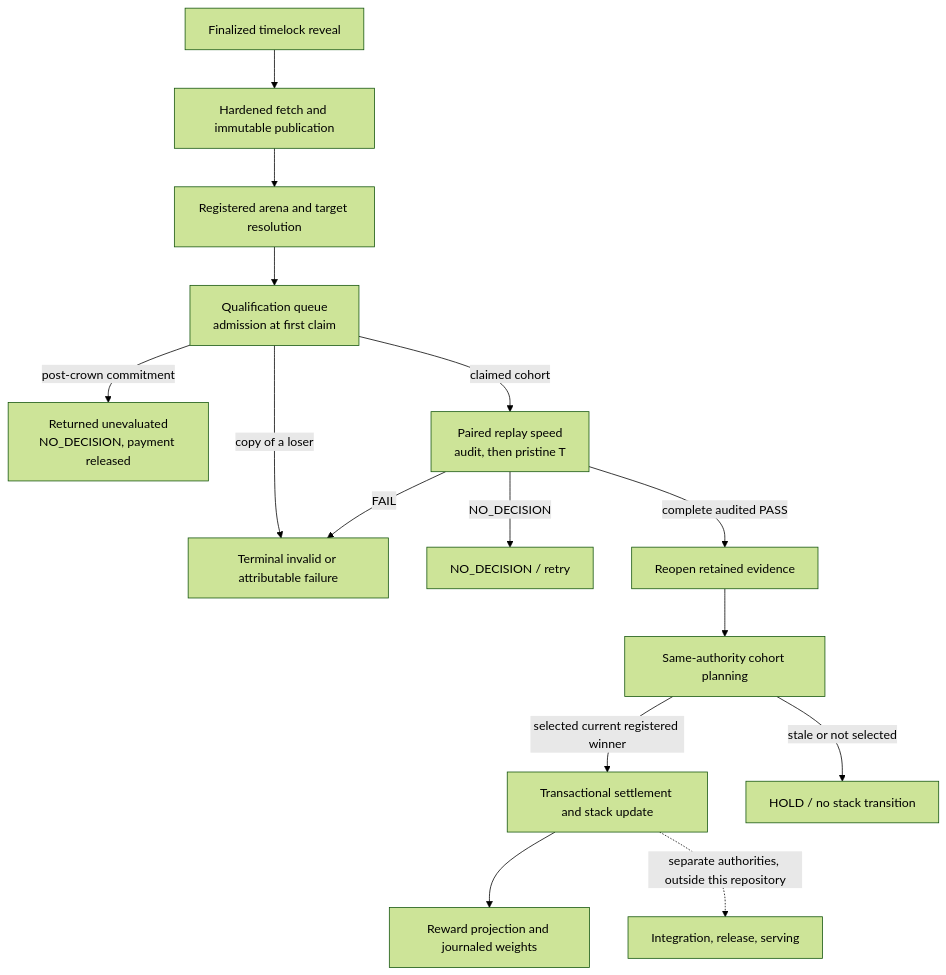
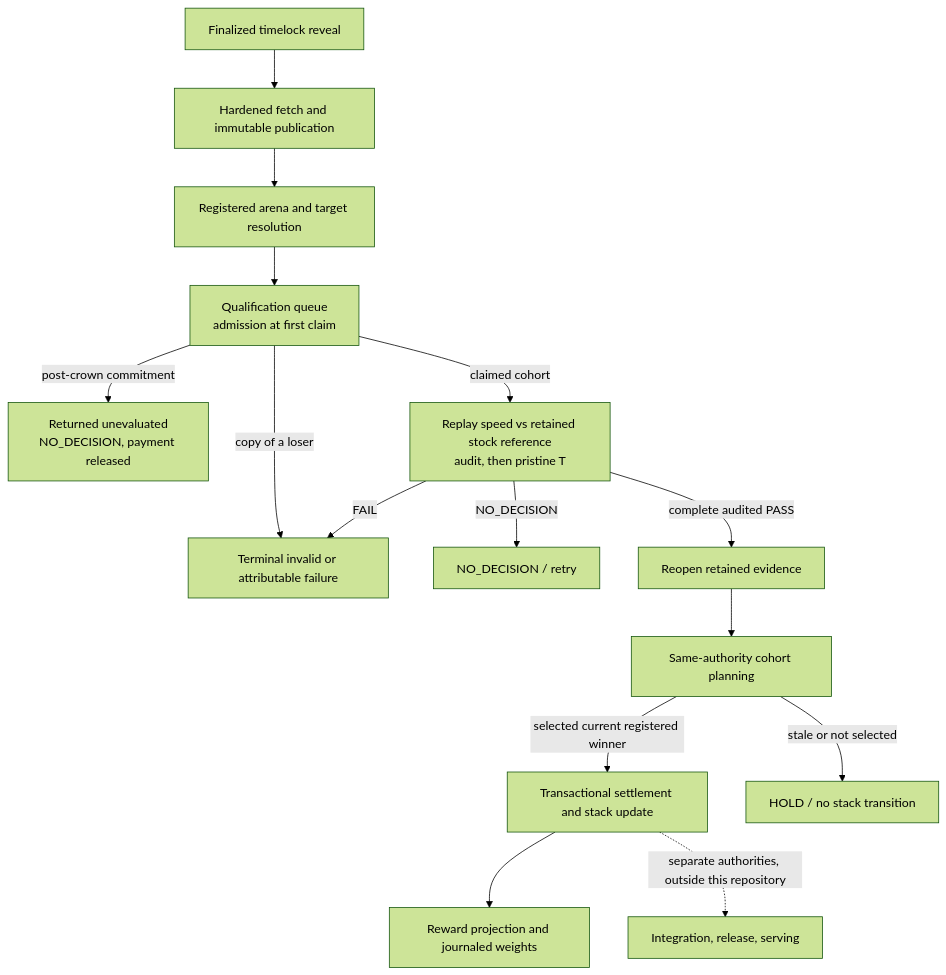
The diagram in docs/architecture/pipeline.md (latent-to/cacheon), drawn with Mermaid (forest theme) before and after one commit. The commit also changed other lines of this file and 125 other files, not shown here.

````diff
--- a/docs/architecture/pipeline.md
+++ b/docs/architecture/pipeline.md
@@ -33,17 +33,17 @@
 ```mermaid
 flowchart TD
     A["Finalized timelock reveal"] --> B["Hardened fetch and immutable publication"]
     B --> C["Registered arena and target resolution"]
     C --> D["Qualification queue<br/>admission at first claim"]
     D -->|"copy of a loser"| F["Terminal invalid or attributable failure"]
     D -->|"post-crown commitment"| X["Returned unevaluated<br/>NO_DECISION, payment released"]
-    D -->|"claimed cohort"| Q["Paired replay speed<br/>audit, then pristine T"]
+    D -->|"claimed cohort"| Q["Replay speed vs retained stock reference<br/>audit, then pristine T"]
     Q -->|"FAIL"| F
     Q -->|"NO_DECISION"| N["NO_DECISION / retry"]
     Q -->|"complete audited PASS"| S["Reopen retained evidence"]
     S --> G["Same-authority cohort planning"]
     G -->|"selected current registered winner"| T["Transactional settlement and stack update"]
     G -->|"stale or not selected"| H["HOLD / no stack transition"]
     T --> W["Reward projection and journaled weights"]
     T -. "separate authorities, outside this repository" .-> I["Integration, release, serving"]
 ```
````
